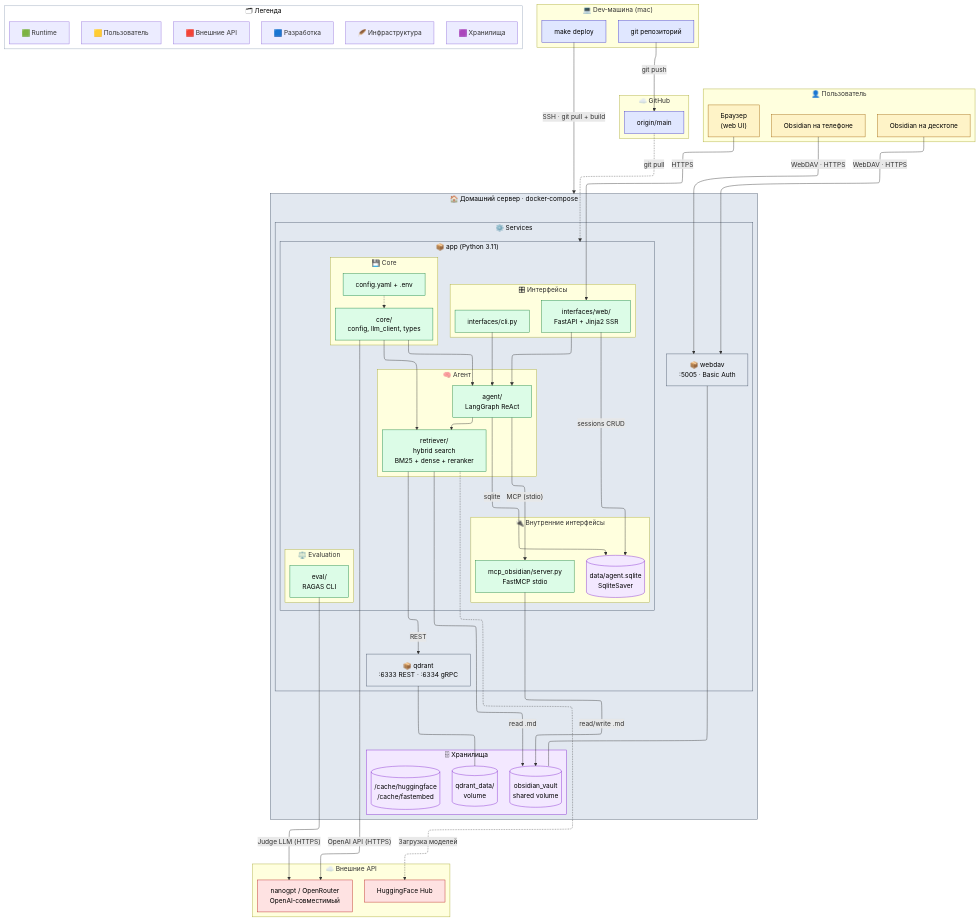
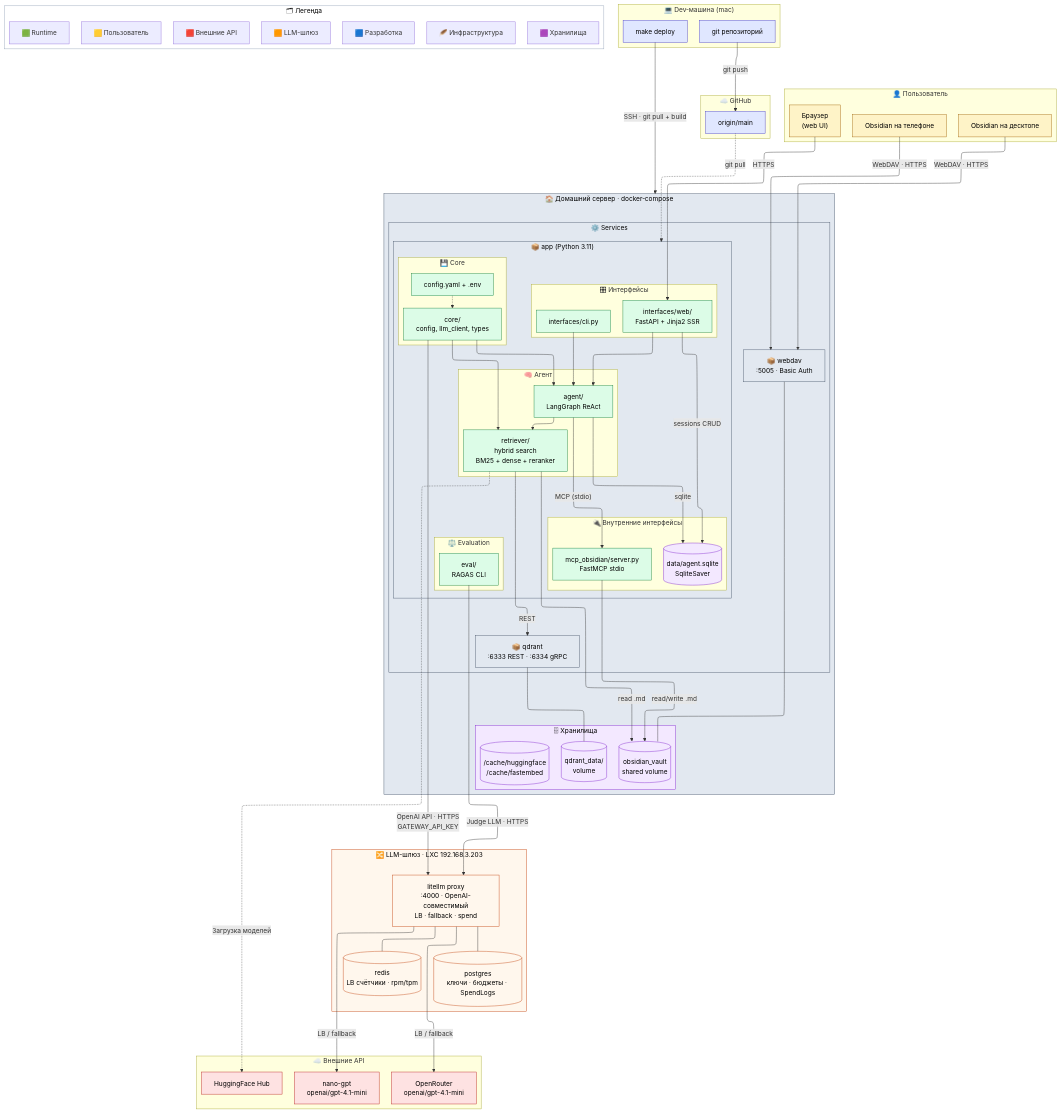
One commit to tumasv1/RAGv2-Agentic-RAG changed the diagram in docs/knowledge base/adr/architecture-overview.md. Above: the diagram before and after it, drawn with Mermaid. The commit also changed other lines of this file and 1 other file, not shown here.

Commit message:
docs: обновлена архитектурная схема

````diff
--- a/docs/knowledge base/adr/architecture-overview.md
+++ b/docs/knowledge base/adr/architecture-overview.md
@@ -68,9 +68,19 @@
         end
     end
 
+    %% — LLM-шлюз (отдельный LXC) —
+    subgraph GatewayLXC["🔀 LLM-шлюз · LXC 192.168.3.203"]
+        LiteLLM["litellm proxy<br/>:4000 · OpenAI-совместимый<br/>LB · fallback · spend"]
+        GatewayPG[("postgres<br/>ключи · бюджеты · SpendLogs")]
+        GatewayRedis[("redis<br/>LB счётчики · rpm/tpm")]
+        LiteLLM --- GatewayPG
+        LiteLLM --- GatewayRedis
+    end
+
     %% — Внешние API —
     subgraph Ext["☁️ Внешние API"]
-        NanoGPT["nanogpt / OpenRouter<br/>OpenAI‑совместимый"]
+        OpenRouter["OpenRouter<br/>openai/gpt-4.1-mini"]
+        NanoGPT["nano-gpt<br/>openai/gpt-4.1-mini"]
         HF["HuggingFace Hub"]
     end
 
@@ -96,9 +106,13 @@
     ConfigF -.-> Core
     Core --> Agent
     Core --> Retriever
-    Core -->|"OpenAI API (HTTPS)"| NanoGPT
+    Core -->|"OpenAI API · HTTPS<br/>GATEWAY_API_KEY"| LiteLLM
+    Eval -->|"Judge LLM · HTTPS"| LiteLLM
     Retriever -.->|"Загрузка моделей"| HF
-    Eval -->|"Judge LLM (HTTPS)"| NanoGPT
+
+    %% — Шлюз → провайдеры —
+    LiteLLM -->|"LB / fallback"| OpenRouter
+    LiteLLM -->|"LB / fallback"| NanoGPT
 
     %% — Связи app ↔ внутренние сервисы —
     Retriever -->|REST| Qdrant
@@ -112,6 +126,7 @@
     classDef infra fill:#e2e8f0,stroke:#475569,color:#000
     classDef storage fill:#f3e8ff,stroke:#7e22ce,color:#000
     classDef external fill:#fee2e2,stroke:#b91c1c,color:#000
+    classDef gateway fill:#fff7ed,stroke:#c2410c,color:#000
     classDef legend fill:#ffffff,stroke:#94a3b8,color:#000
 
     class Browser,ObsidianMobile,ObsidianDesktop user
@@ -119,7 +134,8 @@
     class CLI,Web,Agent,Retriever,Eval,Core,MCP,ConfigF runtime
     class Qdrant,WebDAV,Server,App,Services infra
     class SQLite,QdrantVol,VaultVol,HFCache,Storage storage
-    class NanoGPT,HF external
+    class OpenRouter,NanoGPT,HF external
+    class LiteLLM,GatewayPG,GatewayRedis,GatewayLXC gateway
 
     %% — Легенда —
     subgraph Legend["🗂 Легенда"]
@@ -129,6 +145,7 @@
         L4["🪶 Инфраструктура"]
         L5["🟪 Хранилища"]
         L6["🟥 Внешние API"]
+        L7["🟧 LLM-шлюз"]
     end
     class Legend legend
 ```
````
